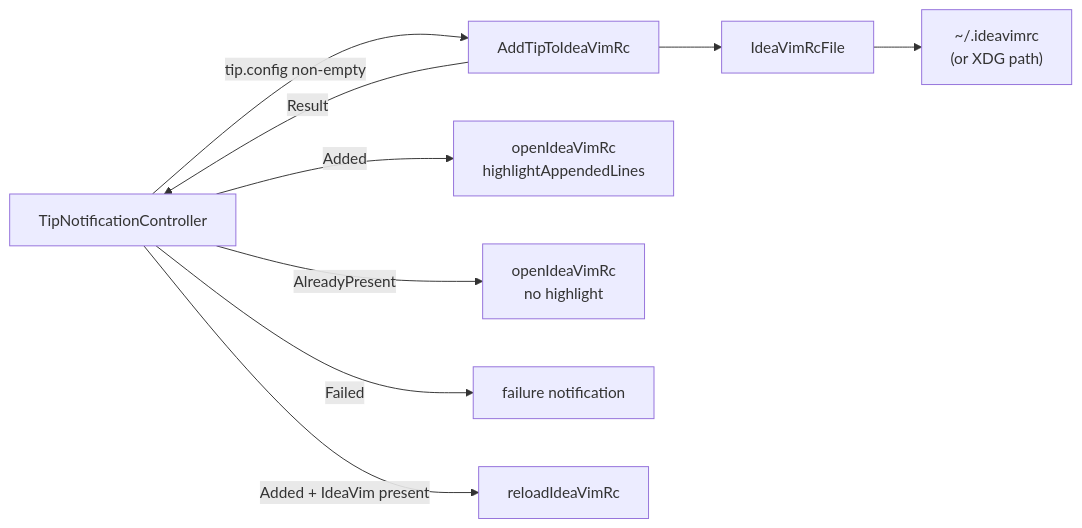
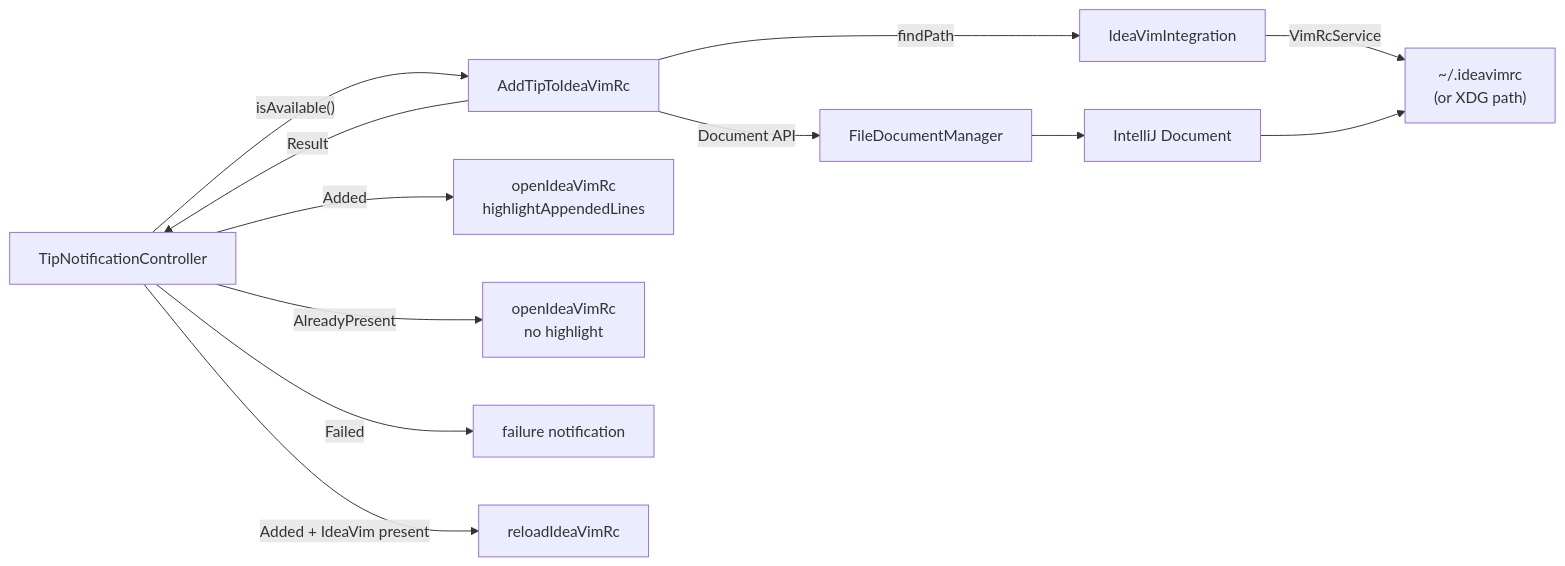
Before and after one commit to pooryam92/vim-coach: the first of 2 diagrams in docs/features/ideavimrc-button.md, drawn with Mermaid. The commit also changed other lines of this file and 87 other files, not shown here.

````diff
--- a/docs/features/ideavimrc-button.md
+++ b/docs/features/ideavimrc-button.md
@@ -7,11 +9,14 @@
 ```mermaid
 graph LR
-    A[TipNotificationController] -->|"tip.config non-empty"| B[AddTipToIdeaVimRc]
-    B --> C[IdeaVimRcFile]
-    C --> D["~/.ideavimrc\n(or XDG path)"]
+    A[TipNotificationController] -->|"isAvailable()"| B[AddTipToIdeaVimRc]
+    B -->|findPath| C[IdeaVimIntegration]
+    C -->|VimRcService| D["~/.ideavimrc\n(or XDG path)"]
+    B -->|Document API| E[FileDocumentManager]
+    E --> F[IntelliJ Document]
+    F --> D
     B -->|Result| A
-    A -->|Added| E[openIdeaVimRc\nhighlightAppendedLines]
-    A -->|AlreadyPresent| F[openIdeaVimRc\nno highlight]
-    A -->|Failed| G[failure notification]
-    A -->|Added + IdeaVim present| H[reloadIdeaVimRc]
+    A -->|Added| G[openIdeaVimRc\nhighlightAppendedLines]
+    A -->|AlreadyPresent| H[openIdeaVimRc\nno highlight]
+    A -->|Failed| I[failure notification]
+    A -->|Added + IdeaVim present| J[reloadIdeaVimRc]
 ```
````
